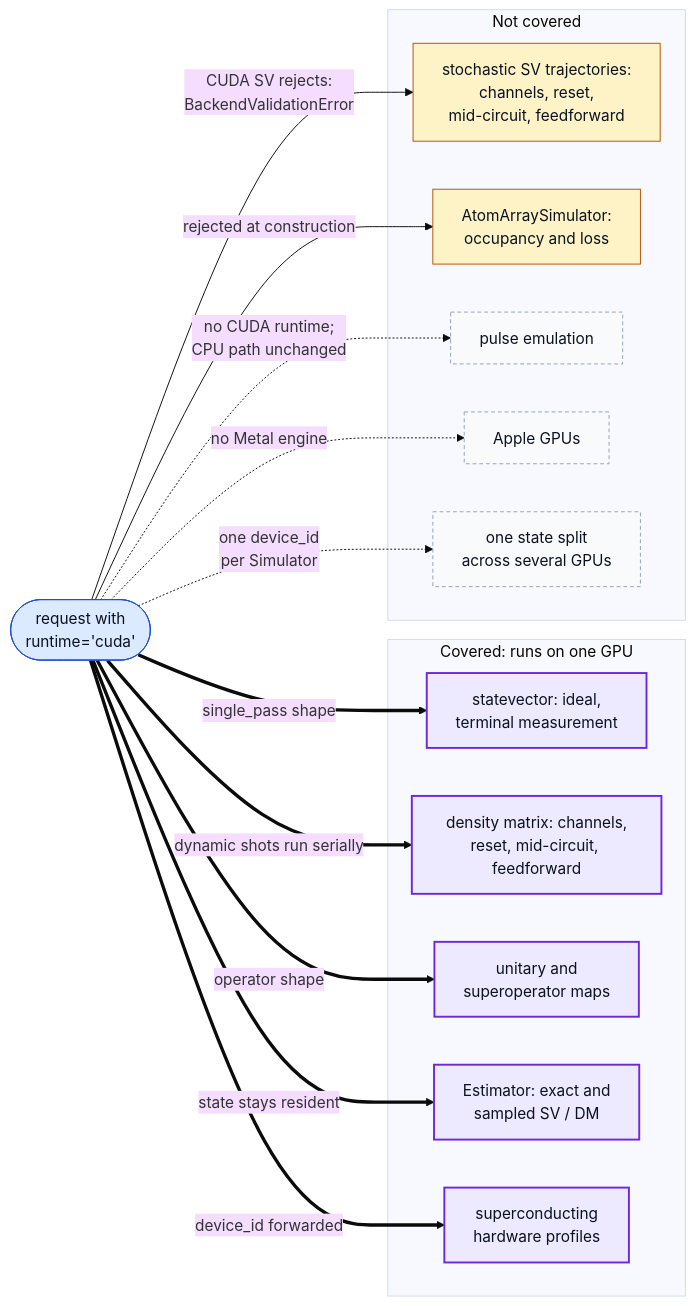
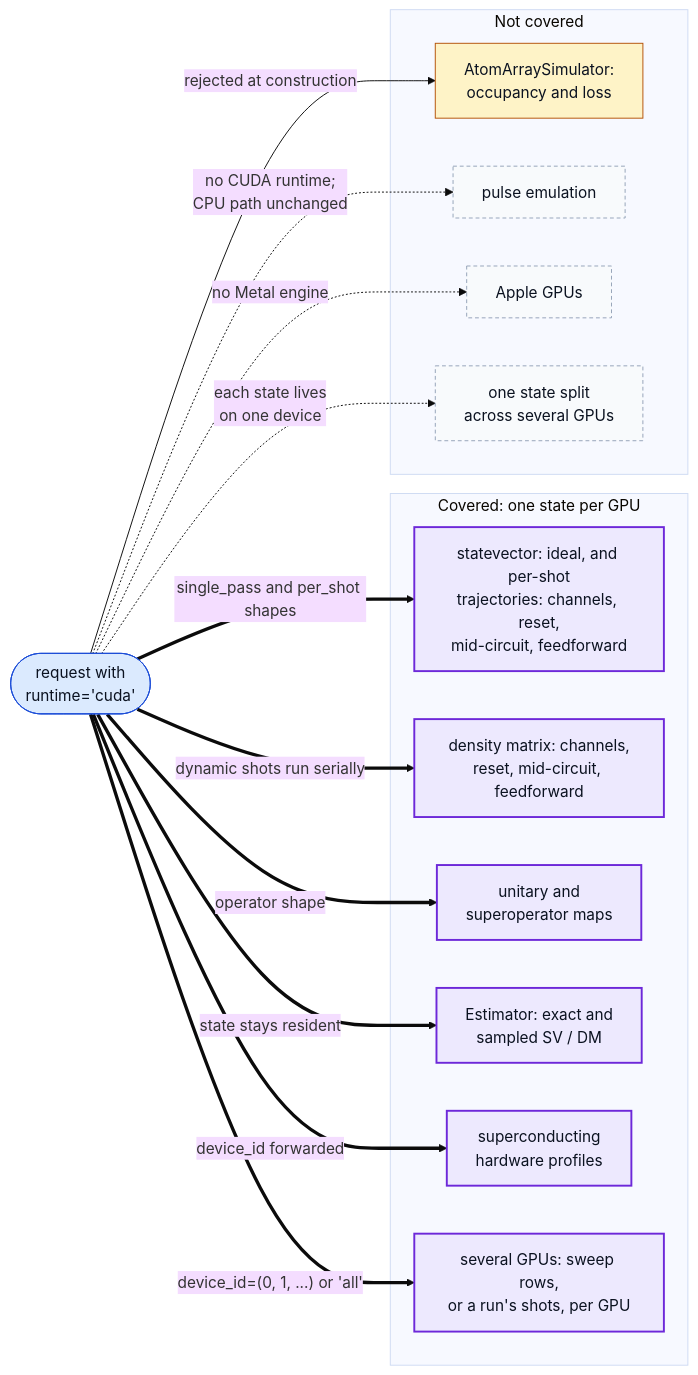
Before and after one commit to oscar-chw/fatqat-cuda: the diagram in docs/cuda-coverage.md, drawn with Mermaid (base theme). The commit also changed other lines of this file and 21 other files, not shown here.

````diff
--- a/docs/cuda-coverage.md
+++ b/docs/cuda-coverage.md
@@ -5,35 +5,35 @@
 ```mermaid
 flowchart LR
   R(["request with<br/>runtime='cuda'"]):::data
-  subgraph YES["Covered: runs on one GPU"]
-    SV["statevector: ideal,<br/>terminal measurement"]:::key
+  subgraph YES["Covered: one state per GPU"]
+    SV["statevector: ideal, and per-shot<br/>trajectories: channels, reset,<br/>mid-circuit, feedforward"]:::key
     DM["density matrix: channels,<br/>reset, mid-circuit, feedforward"]:::key
     OP["unitary and<br/>superoperator maps"]:::key
     EST["Estimator: exact and<br/>sampled SV / DM"]:::key
     SC["superconducting<br/>hardware profiles"]:::key
+    SPREAD["several GPUs: sweep rows,<br/>or a run's shots, per GPU"]:::key
   end
   subgraph NO["Not covered"]
-    TRAJ["stochastic SV trajectories:<br/>channels, reset,<br/>mid-circuit, feedforward"]:::gate
     ATOM["AtomArraySimulator:<br/>occupancy and loss"]:::gate
     PULSE["pulse emulation"]:::ext
     APPLE["Apple GPUs"]:::ext
     MULTI["one state split<br/>across several GPUs"]:::ext
   end
-  R ==>|"single_pass shape"| SV
+  R ==>|"single_pass and per_shot shapes"| SV
   R ==>|"dynamic shots run serially"| DM
   R ==>|"operator shape"| OP
   R ==>|"state stays resident"| EST
   R ==>|"device_id forwarded"| SC
-  R -->|"CUDA SV rejects:<br/>BackendValidationError"| TRAJ
+  R ==>|"device_id=(0, 1, ...) or 'all'"| SPREAD
   R -->|"rejected at construction"| ATOM
   R -.->|"no CUDA runtime;<br/>CPU path unchanged"| PULSE
   R -.->|"no Metal engine"| APPLE
-  R -.->|"one device_id<br/>per Simulator"| MULTI
+  R -.->|"each state lives<br/>on one device"| MULTI
 
   classDef data fill:#dbeafe,stroke:#1d4ed8,color:#0b1220
   classDef step fill:#f1f5f9,stroke:#475569,color:#0b1220
   classDef gate fill:#fef3c7,stroke:#b45309,color:#0b1220
   classDef out  fill:#dcfce7,stroke:#15803d,color:#0b1220
   classDef ext  fill:#f8fafc,stroke:#94a3b8,color:#0b1220,stroke-dasharray:4 3
   classDef key  fill:#ede9fe,stroke:#6d28d9,color:#0b1220,stroke-width:2px
 ```
````
